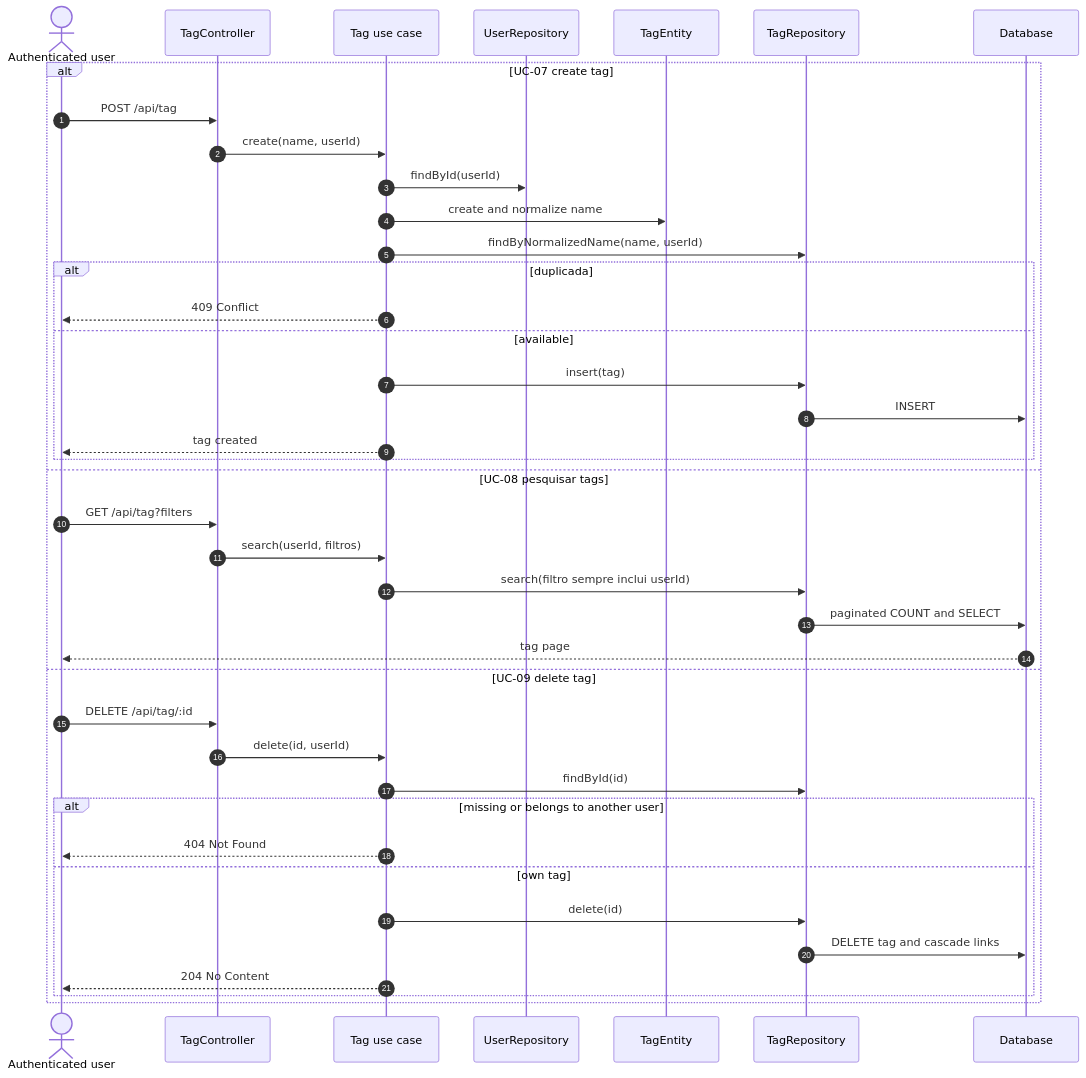
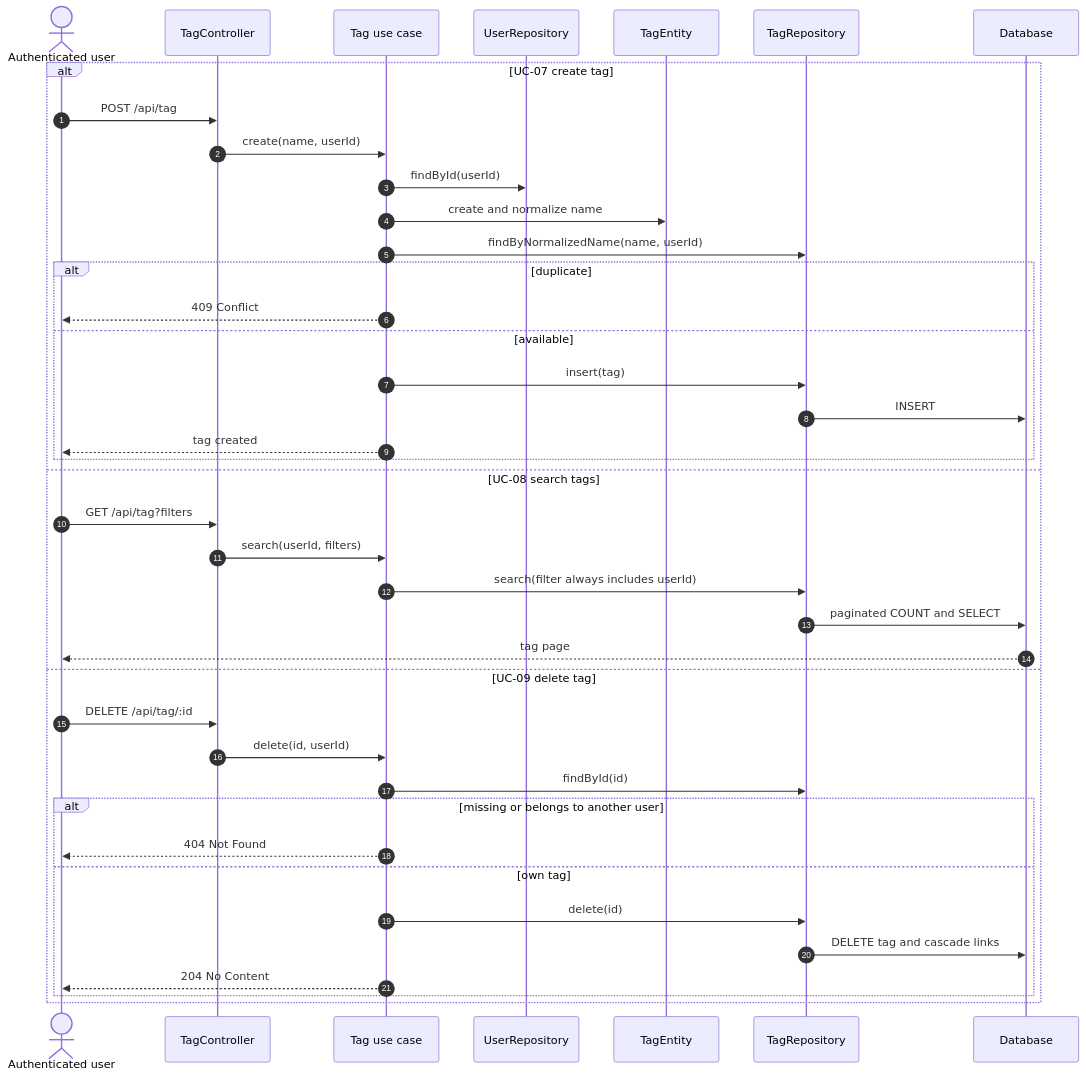
Before and after one commit to Lucalopezz/DevLog: the sixth of 6 diagrams in docs/diagrams/sequences/account-and-tags.md, drawn with Mermaid. The commit also changed other lines of this file and 68 other files, not shown here.

````diff
--- a/docs/diagrams/sequences/account-and-tags.md
+++ b/docs/diagrams/sequences/account-and-tags.md
@@ -165,43 +165,43 @@
 ```mermaid
 sequenceDiagram
     autonumber
     actor UserActor as Authenticated user
     participant C as TagController
     participant UC as Tag use case
     participant URepo as UserRepository
     participant Tag as TagEntity
     participant TRepo as TagRepository
     participant DB as Database
 
     alt UC-07 create tag
         UserActor->>C: POST /api/tag
         C->>UC: create(name, userId)
         UC->>URepo: findById(userId)
         UC->>Tag: create and normalize name
         UC->>TRepo: findByNormalizedName(name, userId)
-        alt duplicada
+        alt duplicate
             UC-->>UserActor: 409 Conflict
         else available
             UC->>TRepo: insert(tag)
             TRepo->>DB: INSERT
             UC-->>UserActor: tag created
         end
-    else UC-08 pesquisar tags
+    else UC-08 search tags
         UserActor->>C: GET /api/tag?filters
-        C->>UC: search(userId, filtros)
-        UC->>TRepo: search(filtro sempre inclui userId)
+        C->>UC: search(userId, filters)
+        UC->>TRepo: search(filter always includes userId)
         TRepo->>DB: paginated COUNT and SELECT
         DB-->>UserActor: tag page
     else UC-09 delete tag
         UserActor->>C: DELETE /api/tag/:id
         C->>UC: delete(id, userId)
         UC->>TRepo: findById(id)
         alt missing or belongs to another user
             UC-->>UserActor: 404 Not Found
         else own tag
             UC->>TRepo: delete(id)
             TRepo->>DB: DELETE tag and cascade links
             UC-->>UserActor: 204 No Content
         end
     end
 ```
````
